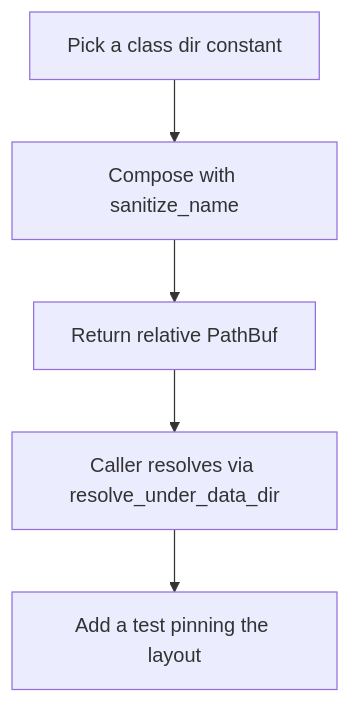
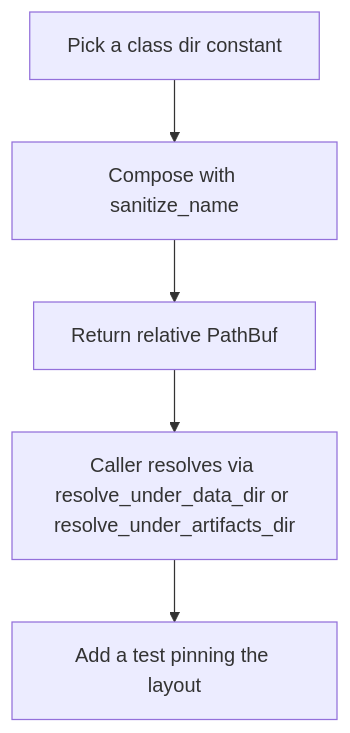
Before and after one commit to mdz-axo/zed-kask: the first of 2 diagrams in kask/docs/diataxis/hkask-types/how-to.md, drawn with Mermaid. The commit also changed other lines of this file and 41 other files, not shown here.

````diff
--- a/kask/docs/diataxis/hkask-types/how-to.md
+++ b/kask/docs/diataxis/hkask-types/how-to.md
@@ -34,7 +37,7 @@
 ```mermaid
 flowchart TD
     A[Pick a class dir constant] --> B[Compose with sanitize_name]
     B --> C[Return relative PathBuf]
-    C --> D[Caller resolves via resolve_under_data_dir]
+    C --> D[Caller resolves via resolve_under_data_dir or resolve_under_artifacts_dir]
     D --> E[Add a test pinning the layout]
 ```
````
